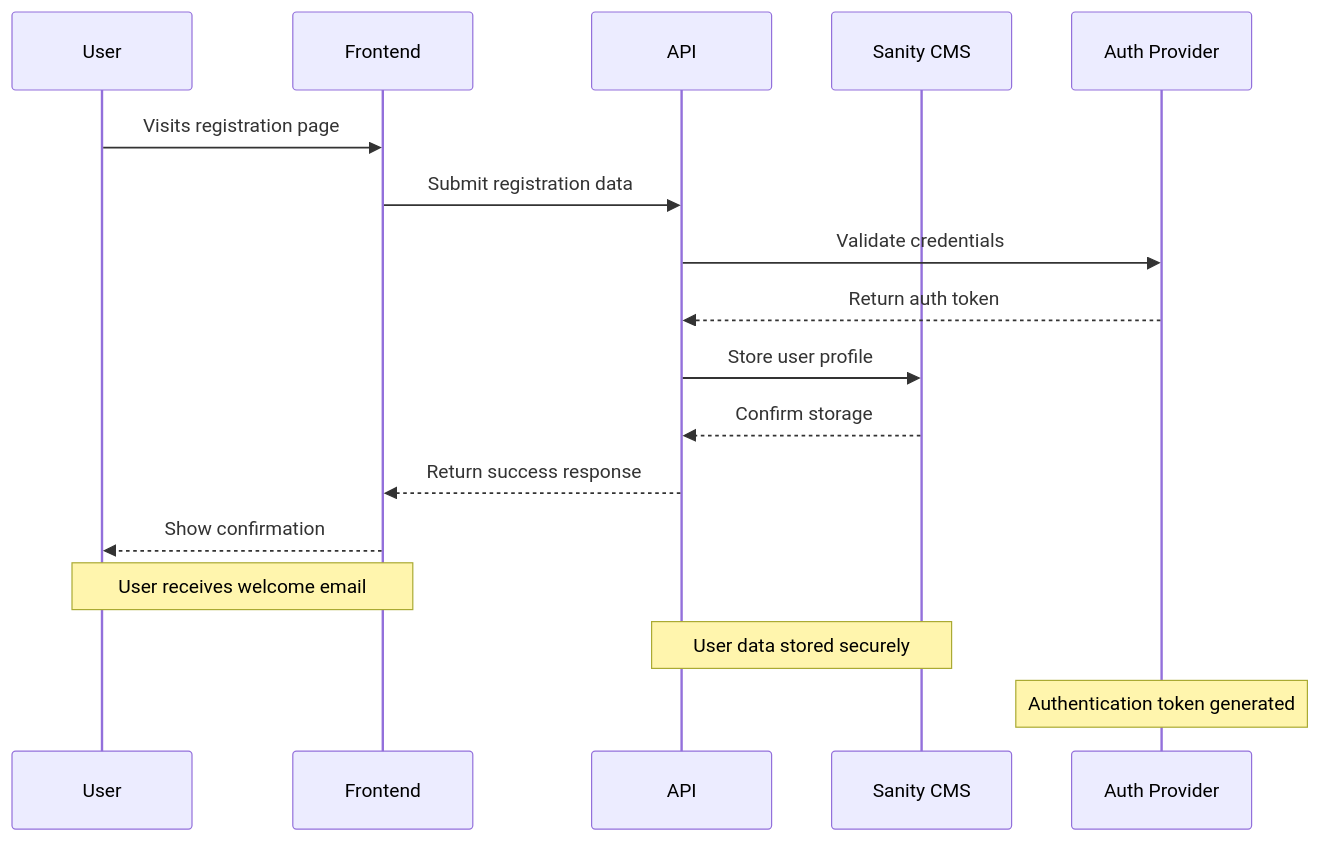
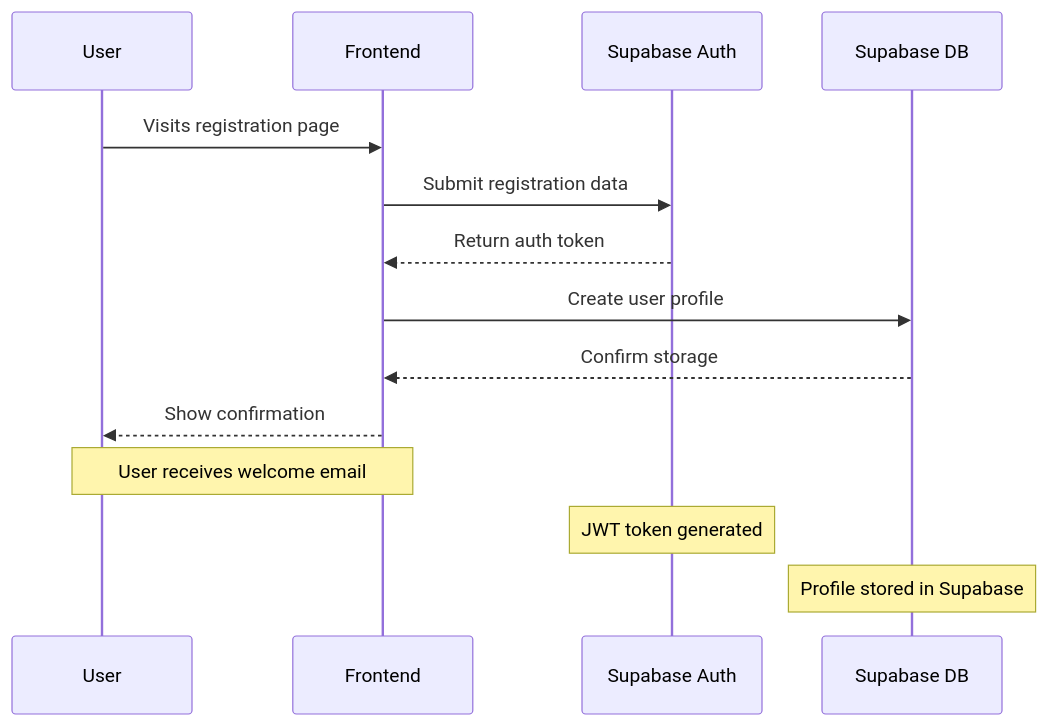
The second of 4 diagrams in Day2/README.md (Zain-Ul-Abideen00/premium-lifestyle-footwear-marketplace), drawn with Mermaid before and after one commit. The commit also changed other lines of this file and 21 other files, not shown here.

````diff
--- a/Day2/README.md
+++ b/Day2/README.md
@@ -71,21 +80,18 @@
 ```mermaid
 sequenceDiagram
     participant U as User
     participant F as Frontend
-    participant A as API
-    participant S as Sanity CMS
-    participant Auth as Auth Provider
+    participant S as Supabase Auth
+    participant D as Supabase DB
 
     U->>F: Visits registration page
-    F->>A: Submit registration data
-    A->>Auth: Validate credentials
-    Auth-->>A: Return auth token
-    A->>S: Store user profile
-    S-->>A: Confirm storage
-    A-->>F: Return success response
+    F->>S: Submit registration data
+    S-->>F: Return auth token
+    F->>D: Create user profile
+    D-->>F: Confirm storage
     F-->>U: Show confirmation
 
     Note over U,F: User receives welcome email
-    Note over A,S: User data stored securely
-    Note over Auth: Authentication token generated
+    Note over S: JWT token generated
+    Note over D: Profile stored in Supabase
 ```
````
